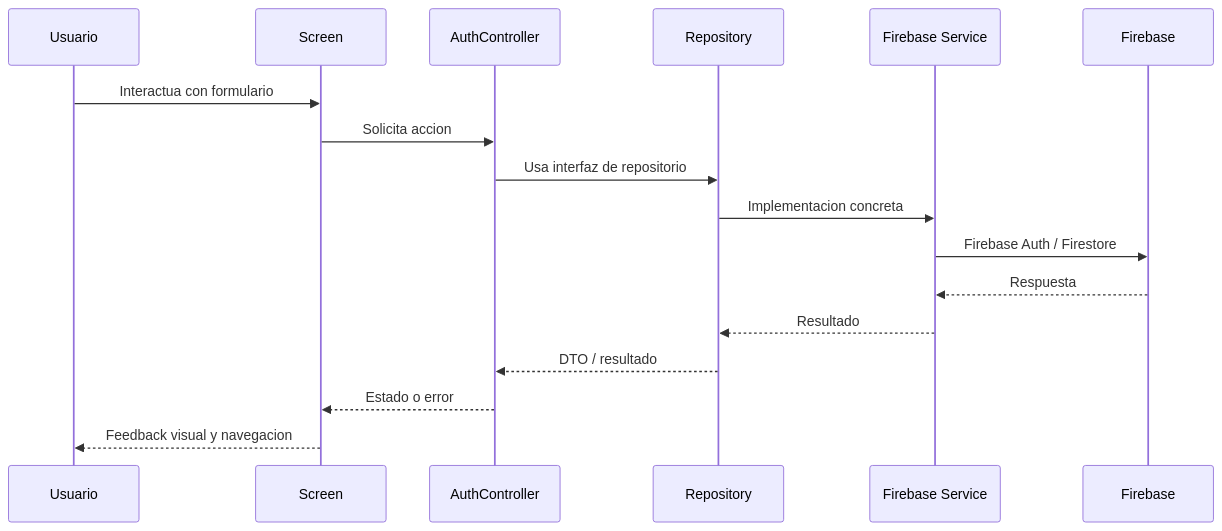
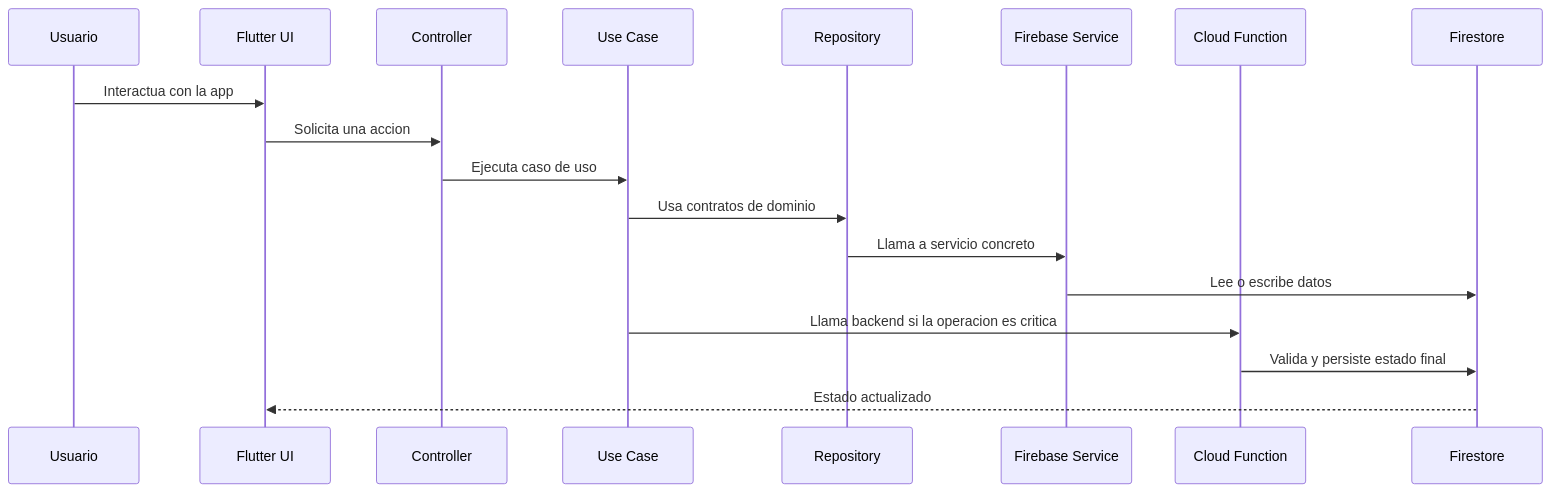
The diagram in documentation/architecture.md (conor0mcgregor/gromy), drawn with Mermaid before and after one commit. The commit also changed other lines of this file and 144 other files, not shown here.

````diff
--- a/documentation/architecture.md
+++ b/documentation/architecture.md
@@ -100,20 +156,21 @@
 ```mermaid
 sequenceDiagram
     participant U as Usuario
-    participant S as Screen
-    participant C as AuthController
+    participant UI as Flutter UI
+    participant C as Controller
+    participant UC as Use Case
     participant R as Repository
-    participant FS as Firebase Service
-    participant FB as Firebase
+    participant S as Firebase Service
+    participant CF as Cloud Function
+    participant DB as Firestore
 
-    U->>S: Interactua con formulario
-    S->>C: Solicita accion
-    C->>R: Usa interfaz de repositorio
-    R->>FS: Implementacion concreta
-    FS->>FB: Firebase Auth / Firestore
-    FB-->>FS: Respuesta
-    FS-->>R: Resultado
-    R-->>C: DTO / resultado
-    C-->>S: Estado o error
-    S-->>U: Feedback visual y navegacion
+    U->>UI: Interactua con la app
+    UI->>C: Solicita una accion
+    C->>UC: Ejecuta caso de uso
+    UC->>R: Usa contratos de dominio
+    R->>S: Llama a servicio concreto
+    S->>DB: Lee o escribe datos
+    UC->>CF: Llama backend si la operacion es critica
+    CF->>DB: Valida y persiste estado final
+    DB-->>UI: Estado actualizado
 ```
````
